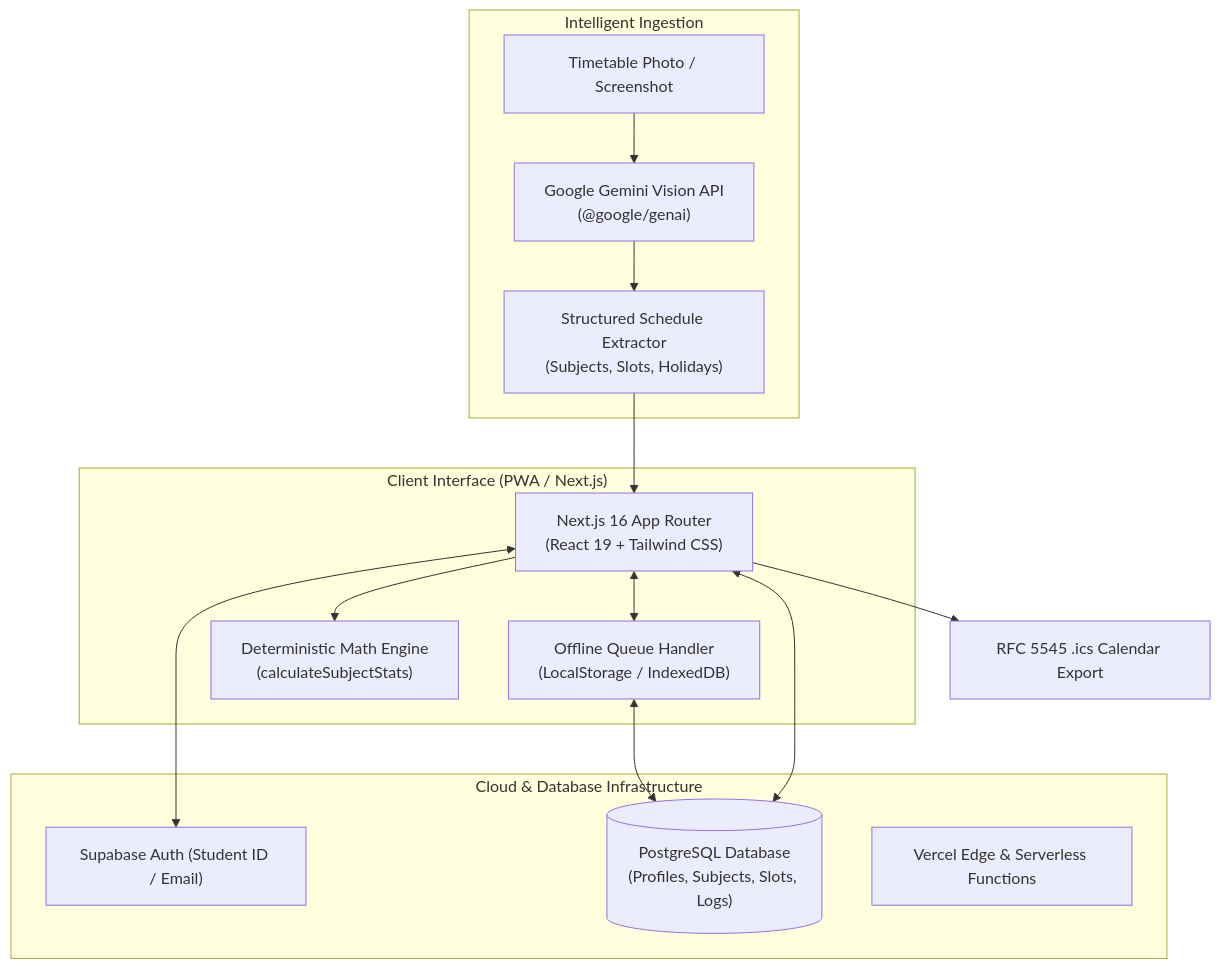
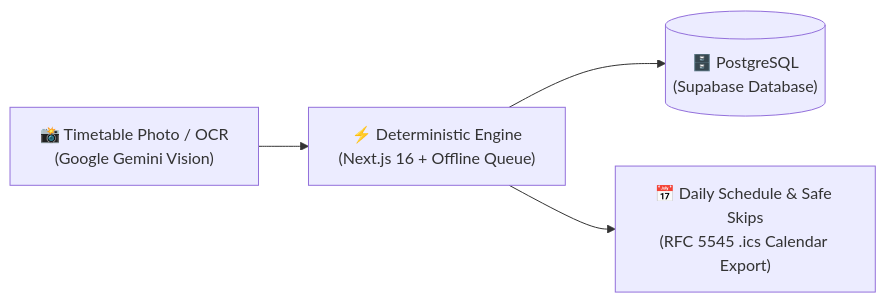
Before and after one commit to Yash4305d-y/Skiply: the diagram in README.md, drawn with Mermaid. The commit also changed other lines of this file, not shown here.

Commit message:
docs: streamline readme with vector svgs, header icon, concise math, and corrected issue links

````diff
--- a/README.md
+++ b/README.md
@@ -193,27 +139,6 @@
 ```mermaid
-flowchart TD
-    subgraph Client["Client Interface (PWA / Next.js)"]
-        UI["Next.js 16 App Router\n(React 19 + Tailwind CSS)"]
-        OfflineQueue["Offline Queue Handler\n(LocalStorage / IndexedDB)"]
-        MathEngine["Deterministic Math Engine\n(calculateSubjectStats)"]
-    end
-
-    subgraph AI["Intelligent Ingestion"]
-        Upload["Timetable Photo / Screenshot"] --> Gemini["Google Gemini Vision API\n(@google/genai)"]
-        Gemini --> SchemaParser["Structured Schedule Extractor\n(Subjects, Slots, Holidays)"]
-    end
-
-    subgraph Backend["Cloud & Database Infrastructure"]
-        SupabaseAuth["Supabase Auth (Student ID / Email)"]
-        SupabaseDB[("PostgreSQL Database\n(Profiles, Subjects, Slots, Logs)")]
-        Vercel["Vercel Edge & Serverless Functions"]
-    end
-
-    SchemaParser --> UI
-    UI --> MathEngine
-    UI <--> OfflineQueue
-    OfflineQueue <--> SupabaseDB
-    UI <--> SupabaseAuth
-    UI <--> SupabaseDB
-    UI --> ICS["RFC 5545 .ics Calendar Export"]
+flowchart LR
+    Ingest["📸 Timetable Photo / OCR\n(Google Gemini Vision)"] --> Core["⚡ Deterministic Engine\n(Next.js 16 + Offline Queue)"]
+    Core --> Storage[("🗄️ PostgreSQL\n(Supabase Database)")]
+    Core --> Output["📅 Daily Schedule & Safe Skips\n(RFC 5545 .ics Calendar Export)"]
 ```
````
